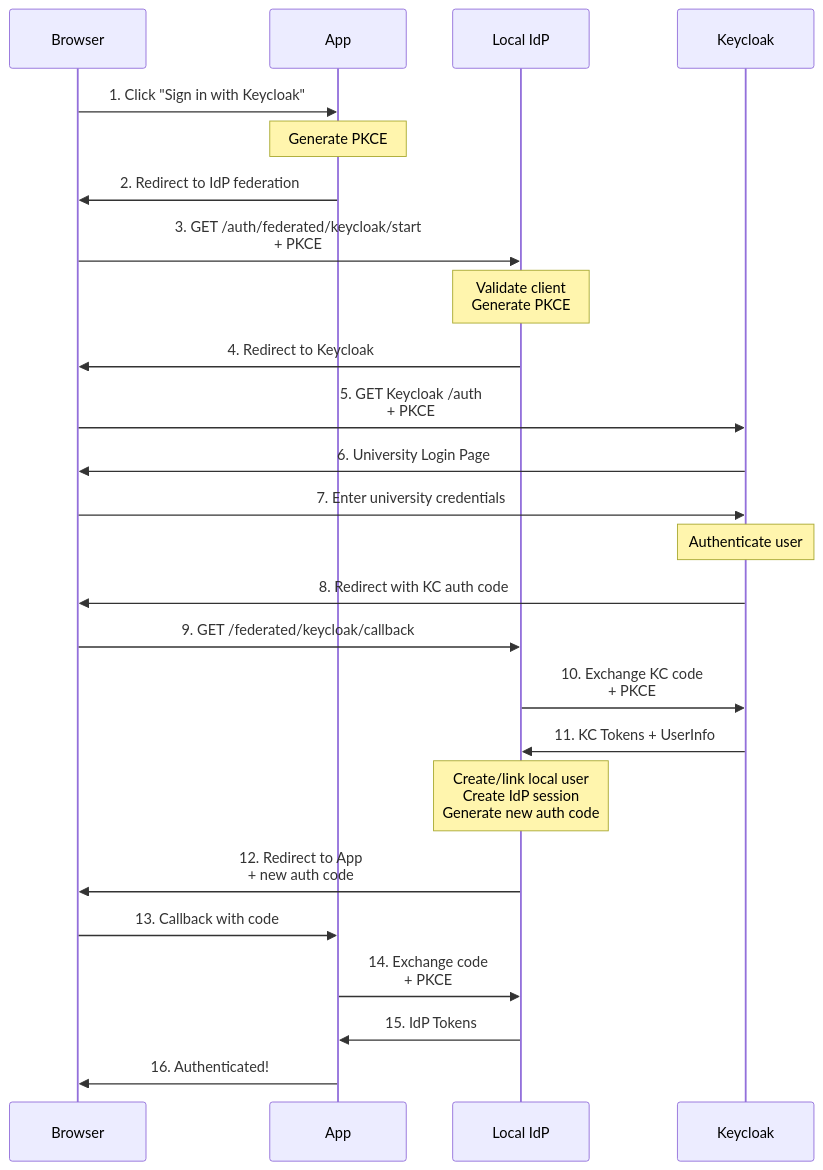
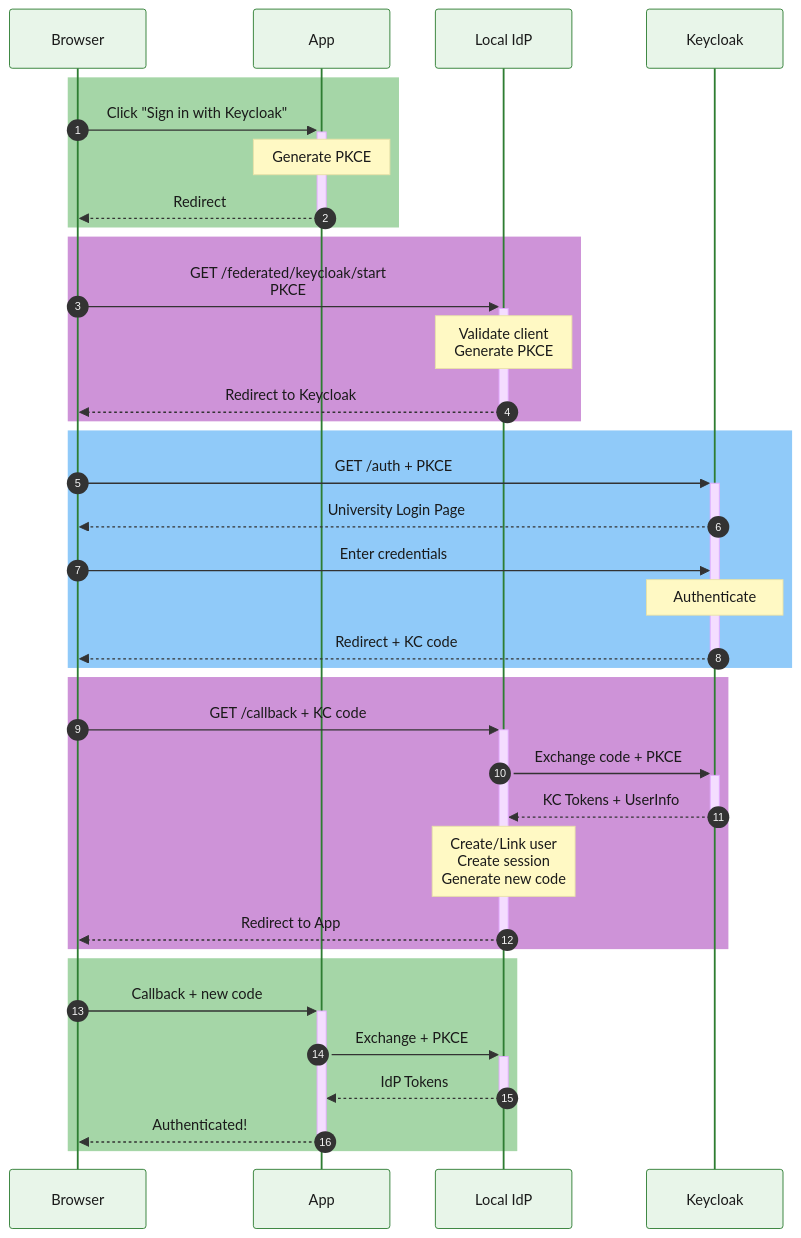
One commit to ioannis-psomadelis/sso-app changed the fourth of 10 diagrams in docs/diagrams/DIAGRAMS_MERMAID.md. Above: the diagram before and after it, drawn with Mermaid. The commit also changed other lines of this file, not shown here.

First line of the commit message:
Improve Mermaid diagrams readability

````diff
--- a/docs/diagrams/DIAGRAMS_MERMAID.md
+++ b/docs/diagrams/DIAGRAMS_MERMAID.md
@@ -117,37 +133,45 @@
 ```mermaid
+%%{init: {'theme': 'base', 'themeVariables': { 'actorTextColor': '#1a1a1a', 'signalTextColor': '#1a1a1a', 'noteTextColor': '#1a1a1a', 'noteBkgColor': '#fff9c4', 'actorBkg': '#e8f5e9', 'actorBorder': '#2e7d32' }}}%%
 sequenceDiagram
+    autonumber
+
     participant U as Browser
     participant A as App
     participant IDP as Local IdP
     participant KC as Keycloak
 
-    U->>A: 1. Click "Sign in with Keycloak"
+    rect rgb(165, 214, 167)
+        U->>+A: Click "Sign in with Keycloak"
+        Note over A: Generate PKCE #1<br/>(App - IdP)
+        A-->>-U: Redirect
+    end
 
-    Note over A: Generate PKCE #1<br/>(App ↔ IdP)
+    rect rgb(206, 147, 216)
+        U->>+IDP: GET /federated/keycloak/start<br/>PKCE #1 challenge
+        Note over IDP: Validate client<br/>Generate PKCE #2<br/>(IdP - Keycloak)<br/>Store in cookie
+        IDP-->>-U: Redirect to Keycloak
+    end
 
-    A->>U: 2. Redirect to IdP federation
-    U->>IDP: 3. GET /auth/federated/keycloak/start<br/>+ PKCE #1 challenge
+    rect rgb(144, 202, 249)
+        U->>+KC: GET /auth + PKCE #2
+        KC-->>U: University Login Page
+        U->>KC: Enter credentials
+        Note over KC: Authenticate
+        KC-->>-U: Redirect + KC code
+    end
 
-    Note over IDP: Validate client<br/>Generate PKCE #2<br/>(IdP ↔ Keycloak)<br/>Store state in cookie
+    rect rgb(206, 147, 216)
+        U->>+IDP: GET /callback + KC code
+        IDP->>+KC: Exchange code + PKCE #2 verifier
+        KC-->>-IDP: KC Tokens + UserInfo
+        Note over IDP: Create/Link user<br/>Create session<br/>Generate new code
+        IDP-->>-U: Redirect to App
+    end
 
-    IDP->>U: 4. Redirect to Keycloak
-    U->>KC: 5. GET Keycloak /auth<br/>+ PKCE #2 challenge
-    KC->>U: 6. University Login Page
-    U->>KC: 7. Enter university credentials
-
-    Note over KC: Authenticate user
-
-    KC->>U: 8. Redirect with KC auth code
-    U->>IDP: 9. GET /federated/keycloak/callback
-
-    IDP->>KC: 10. Exchange KC code<br/>+ PKCE #2 verifier
-    KC->>IDP: 11. KC Tokens + UserInfo
-
-    Note over IDP: Create/link local user<br/>Create IdP session<br/>Generate new auth code
-
-    IDP->>U: 12. Redirect to App<br/>+ new auth code
-    U->>A: 13. Callback with code
-    A->>IDP: 14. Exchange code<br/>+ PKCE #1 verifier
-    IDP->>A: 15. IdP Tokens
-    A->>U: 16. Authenticated!
+    rect rgb(165, 214, 167)
+        U->>+A: Callback + new code
+        A->>+IDP: Exchange + PKCE #1 verifier
+        IDP-->>-A: IdP Tokens
+        A-->>-U: Authenticated!
+    end
 ```
````
